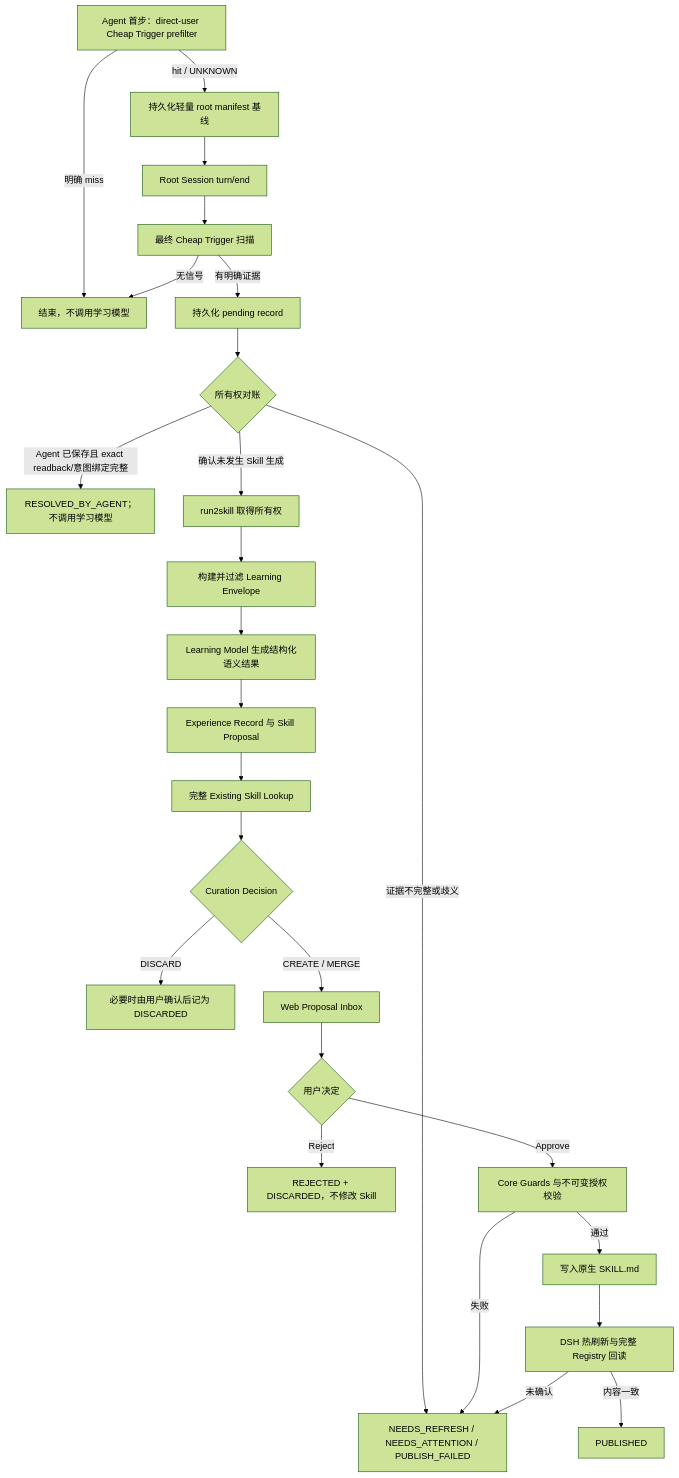
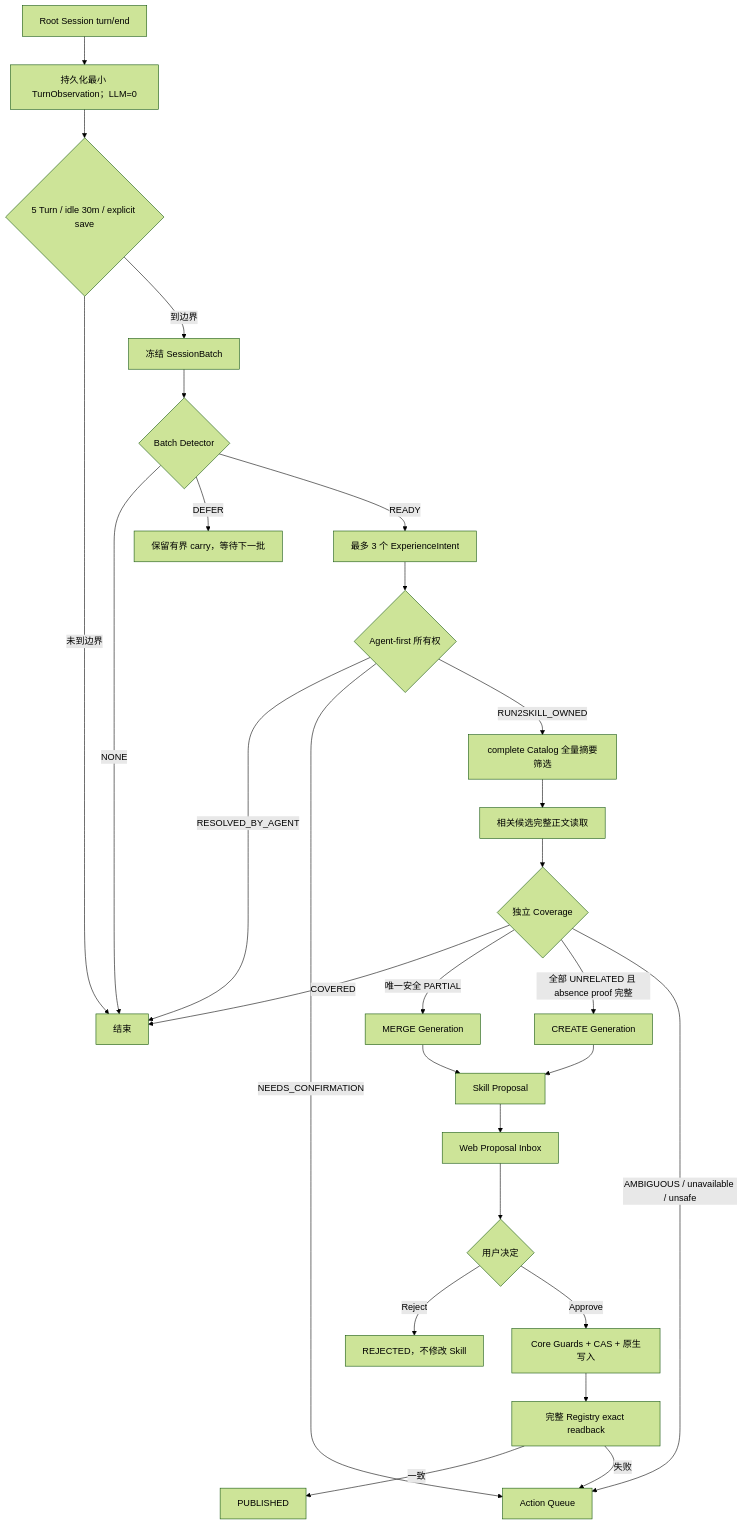
The diagram in docs/product/prd.md (qkycir-123/dsh-run2skill), drawn with Mermaid (forest theme) before and after one commit. The commit also changed other lines of this file and 4 other files, not shown here.

````diff
--- a/docs/product/prd.md
+++ b/docs/product/prd.md
@@ -259,28 +261,30 @@
 ```mermaid
 flowchart TD
-    A0["Agent 首步：direct-user Cheap Trigger prefilter"] -->|hit / UNKNOWN| A1["持久化轻量 root manifest 基线"]
-    A0 -->|明确 miss| Z["结束，不调用学习模型"]
-    A1 --> A["Root Session turn/end"]
-    A --> B["最终 Cheap Trigger 扫描"]
-    B -->|无信号| Z["结束，不调用学习模型"]
-    B -->|有明确证据| C["持久化 pending record"]
-    C --> R{"所有权对账"}
-    R -->|Agent 已保存且 exact readback/意图绑定完整| RA["RESOLVED_BY_AGENT；不调用学习模型"]
-    R -->|确认未发生 Skill 生成| D["run2skill 取得所有权"]
-    R -->|证据不完整或歧义| N["NEEDS_ATTENTION"]
-    D --> DA["构建并过滤 Learning Envelope"]
-    DA --> E["Learning Model 生成结构化语义结果"]
-    E --> F["Experience Record 与 Skill Proposal"]
-    F --> G["完整 Existing Skill Lookup"]
-    G --> H{"Curation Decision"}
-    H -->|DISCARD| I["必要时由用户确认后记为 DISCARDED"]
-    H -->|CREATE / MERGE| J["Web Proposal Inbox"]
-    J --> K{"用户决定"}
-    K -->|Reject| L["REJECTED + DISCARDED，不修改 Skill"]
-    K -->|Approve| M["Core Guards 与不可变授权校验"]
-    M -->|失败| N["NEEDS_REFRESH / NEEDS_ATTENTION / PUBLISH_FAILED"]
-    M -->|通过| O["写入原生 SKILL.md"]
-    O --> P["DSH 热刷新与完整 Registry 回读"]
-    P -->|内容一致| Q["PUBLISHED"]
-    P -->|未确认| N
+    A["Root Session turn/end"] --> B["持久化最小 TurnObservation；LLM=0"]
+    B --> C{"5 Turn / idle 30m / explicit save"}
+    C -->|未到边界| Z["结束"]
+    C -->|到边界| D["冻结 SessionBatch"]
+    D --> E{"Batch Detector"}
+    E -->|NONE| Z
+    E -->|DEFER| F["保留有界 carry，等待下一批"]
+    E -->|READY| G["最多 3 个 ExperienceIntent"]
+    G --> H{"Agent-first 所有权"}
+    H -->|RESOLVED_BY_AGENT| Z
+    H -->|NEEDS_CONFIRMATION| N["Action Queue"]
+    H -->|RUN2SKILL_OWNED| I["complete Catalog 全量摘要筛选"]
+    I --> J["相关候选完整正文读取"]
+    J --> K{"独立 Coverage"}
+    K -->|COVERED| Z
+    K -->|唯一安全 PARTIAL| M["MERGE Generation"]
+    K -->|全部 UNRELATED 且 absence proof 完整| L["CREATE Generation"]
+    K -->|AMBIGUOUS / unavailable / unsafe| N
+    L --> P["Skill Proposal"]
+    M --> P
+    P --> Q["Web Proposal Inbox"]
+    Q --> R{"用户决定"}
+    R -->|Reject| S["REJECTED，不修改 Skill"]
+    R -->|Approve| T["Core Guards + CAS + 原生写入"]
+    T --> U["完整 Registry exact readback"]
+    U -->|一致| V["PUBLISHED"]
+    U -->|失败| N
 ```
````
